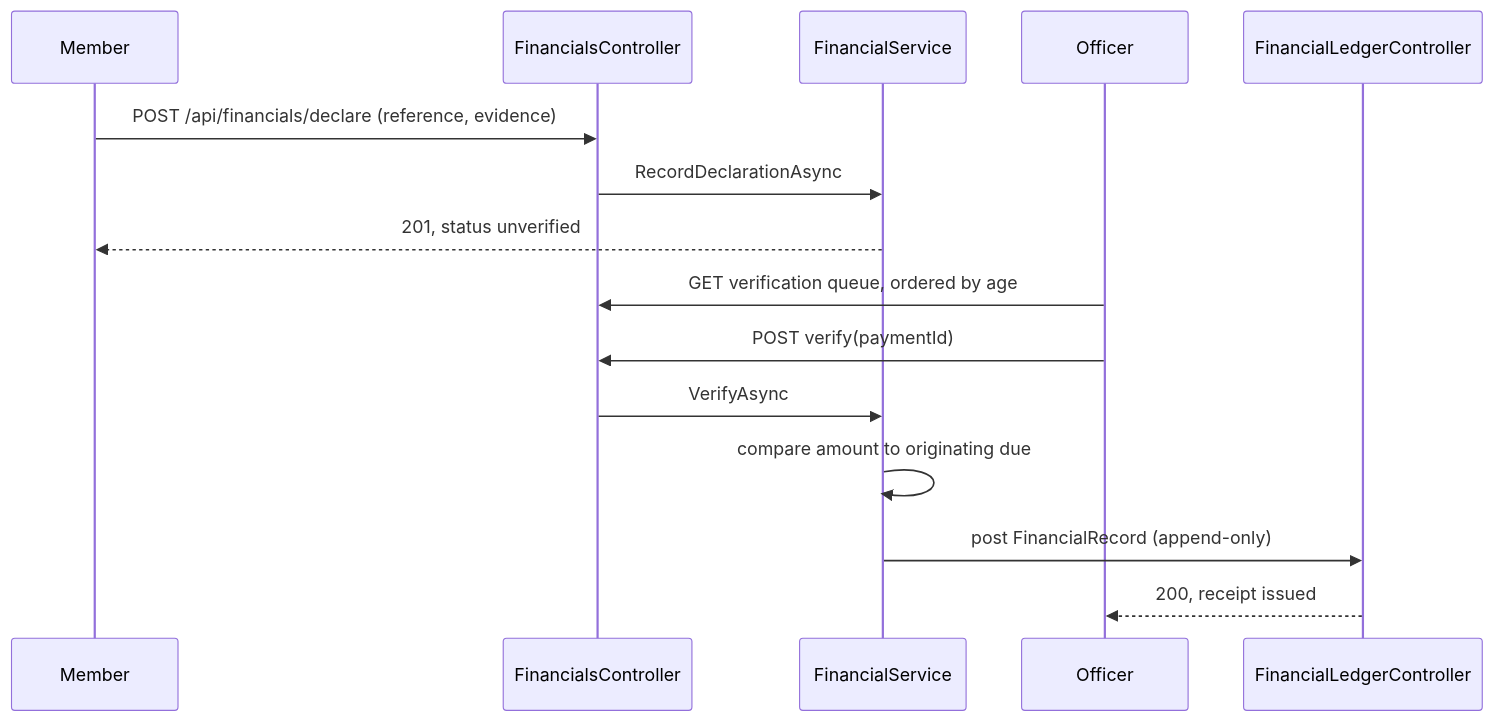
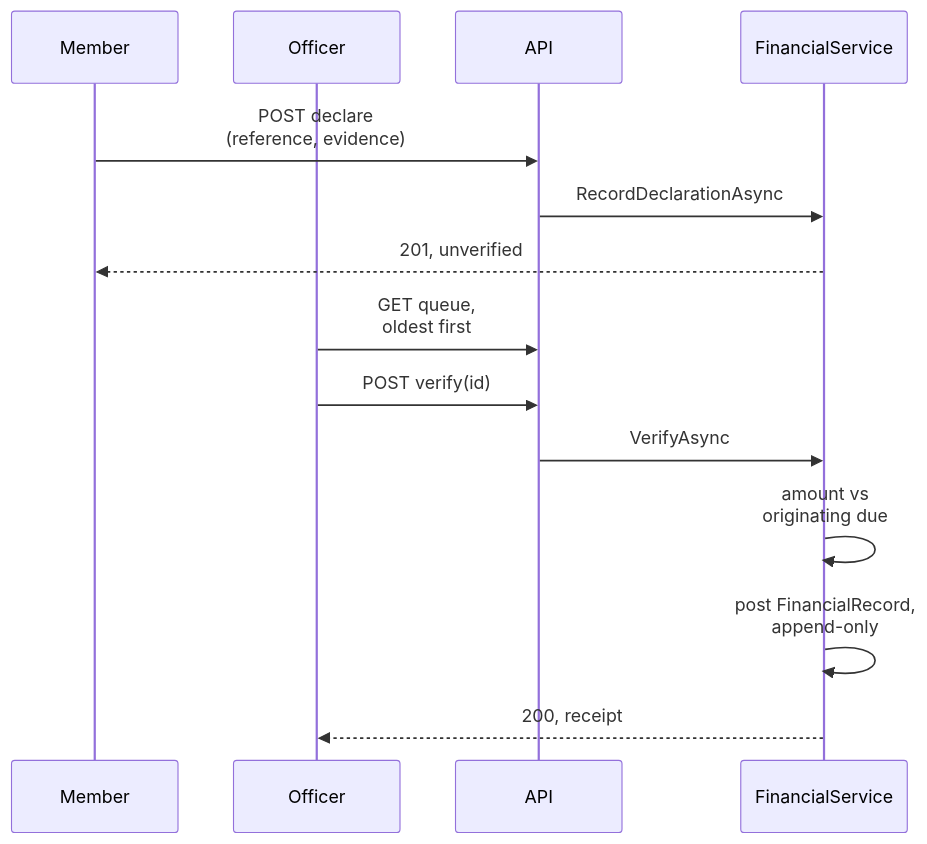
One commit to shalin-rahman/GHCAA changed diagram 17 of 19 in docs/book/05-system-analysis.md. Above: the diagram before and after it, drawn with Mermaid. The commit also changed other lines of this file and 22 other files, not shown here.

First line of the commit message:
docs(book): align with the implementation, fit every figure to A4, print a real PDF

````diff
--- a/docs/book/05-system-analysis.md
+++ b/docs/book/05-system-analysis.md
@@ -555,17 +541,16 @@
 ```mermaid
 sequenceDiagram
     participant M as Member
-    participant C as FinancialsController
+    participant A as Officer
+    participant C as API
     participant S as FinancialService
-    participant A as Officer
-    participant L as FinancialLedgerController
-    M->>C: POST /api/financials/declare (reference, evidence)
+    M->>C: POST declare<br/>(reference, evidence)
     C->>S: RecordDeclarationAsync
-    S-->>M: 201, status unverified
-    A->>C: GET verification queue, ordered by age
-    A->>C: POST verify(paymentId)
+    S-->>M: 201, unverified
+    A->>C: GET queue,<br/>oldest first
+    A->>C: POST verify(id)
     C->>S: VerifyAsync
-    S->>S: compare amount to originating due
-    S->>L: post FinancialRecord (append-only)
-    L-->>A: 200, receipt issued
+    S->>S: amount vs<br/>originating due
+    S->>S: post FinancialRecord,<br/>append-only
+    S-->>A: 200, receipt
 ```
````
